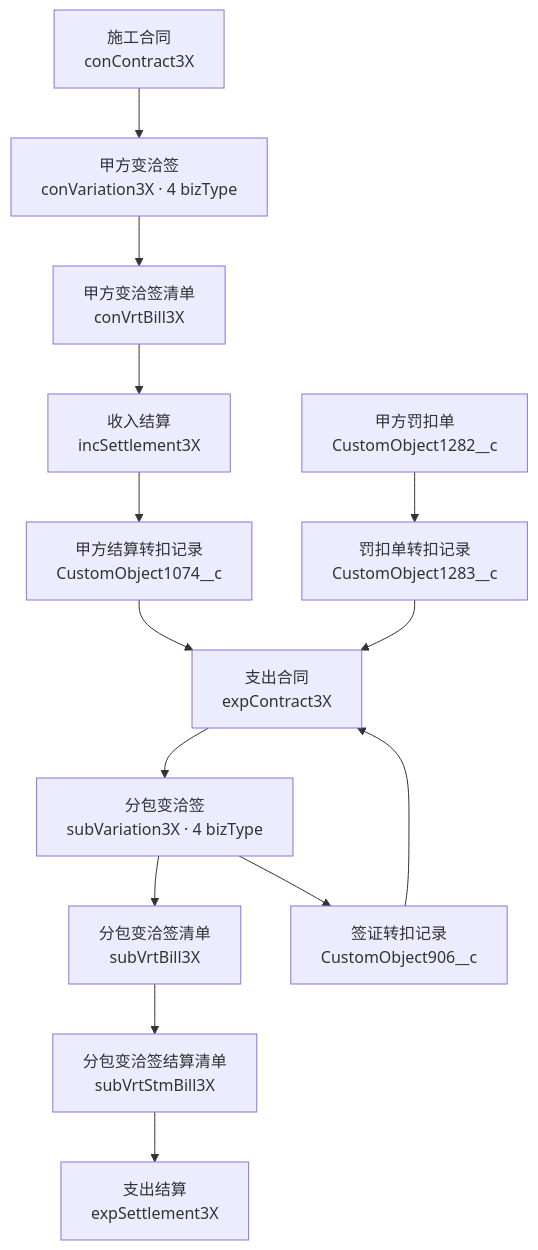
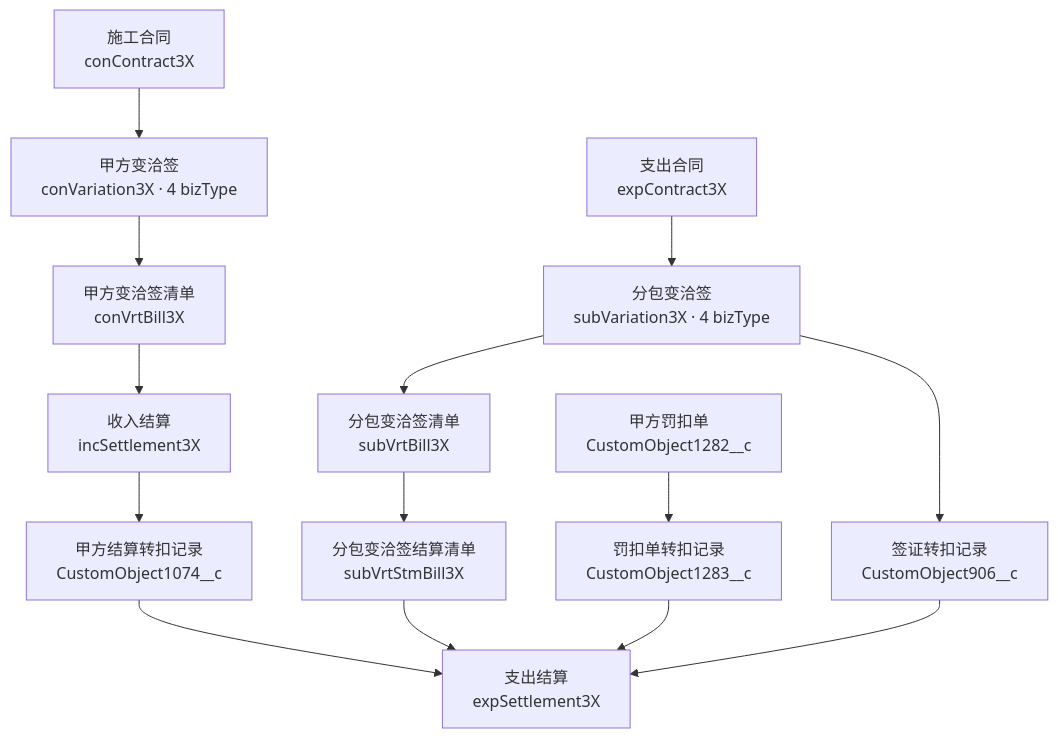
Before and after one commit to zodea/crm-new: the fourth of 5 diagrams in 红圈系统/业务流转.md, drawn with Mermaid. The commit also changed other lines of this file, not shown here.

````diff
--- a/红圈系统/业务流转.md
+++ b/红圈系统/业务流转.md
@@ -208,18 +219,18 @@
 ```mermaid
 flowchart TB
   A["施工合同<br/>conContract3X"] --> B["甲方变洽签<br/>conVariation3X · 4 bizType"]
   B --> B1["甲方变洽签清单<br/>conVrtBill3X"]
   B1 --> C["收入结算<br/>incSettlement3X"]
 
   D["支出合同<br/>expContract3X"] --> E["分包变洽签<br/>subVariation3X · 4 bizType"]
   E --> E1["分包变洽签清单<br/>subVrtBill3X"]
   E1 --> F["分包变洽签结算清单<br/>subVrtStmBill3X"]
   F --> G["支出结算<br/>expSettlement3X"]
 
   C --> H["甲方结算转扣记录<br/>CustomObject1074__c"]
   E --> I["签证转扣记录<br/>CustomObject906__c"]
   J["甲方罚扣单<br/>CustomObject1282__c"] --> K["罚扣单转扣记录<br/>CustomObject1283__c"]
-  H --> D
-  I --> D
-  K --> D
+  H --> G
+  I --> G
+  K --> G
 ```
````
